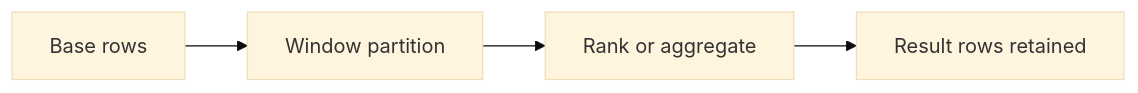
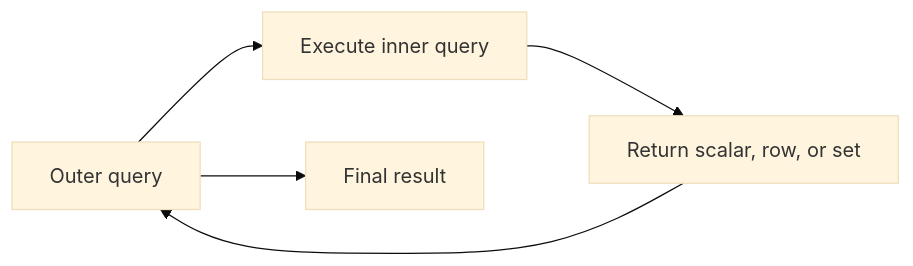
Before and after one commit to rashid-mamun/tech-interview-hub: the diagram in docs/database/sql/advanced-queries/index.md, drawn with Mermaid (base theme). The commit also changed other lines of this file and 85 other files, not shown here.

Commit message:
add mermaid diagram in all docs

````diff
--- a/docs/database/sql/advanced-queries/index.md
+++ b/docs/database/sql/advanced-queries/index.md
@@ -6,6 +9,7 @@
 ```mermaid
 flowchart LR
-    Base[Base rows] --> Window[Window partition]
-    Window --> Rank[Rank or aggregate]
-    Rank --> Result[Result rows retained]
+    Outer[Outer query] --> Inner[Execute inner query]
+    Inner --> Value[Return scalar, row, or set]
+    Value --> Outer
+    Outer --> Result[Final result]
 ```
````
